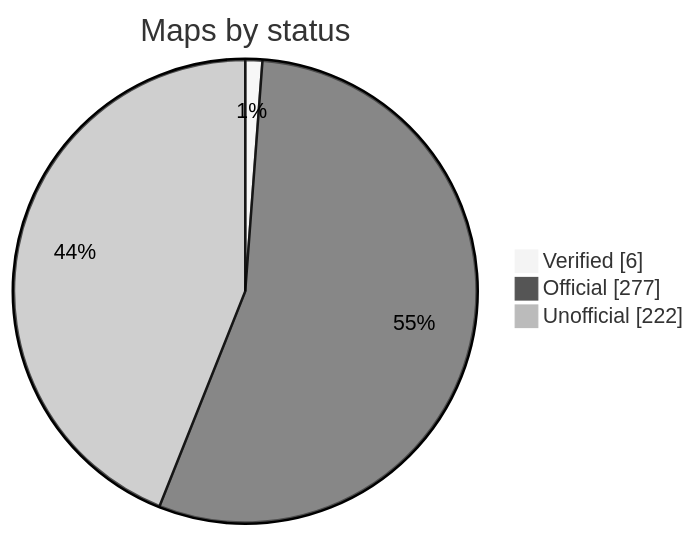
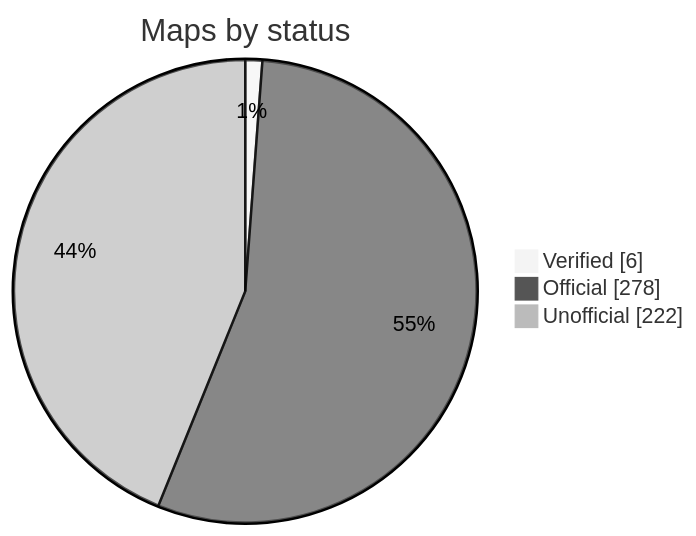
The diagram in README.md (nobrega8/mbmap-library), drawn with Mermaid (neutral theme) before and after one commit. The commit also changed 2 other files, not shown here.

Commit message:
Add the Novus LogBox Wi-Fi map (#104)

````diff
--- a/README.md
+++ b/README.md
@@ -48,7 +48,7 @@
 ```mermaid
 pie showData
     title Maps by status
     "Verified" : 6
-    "Official" : 277
+    "Official" : 278
     "Unofficial" : 222
 ```
````
